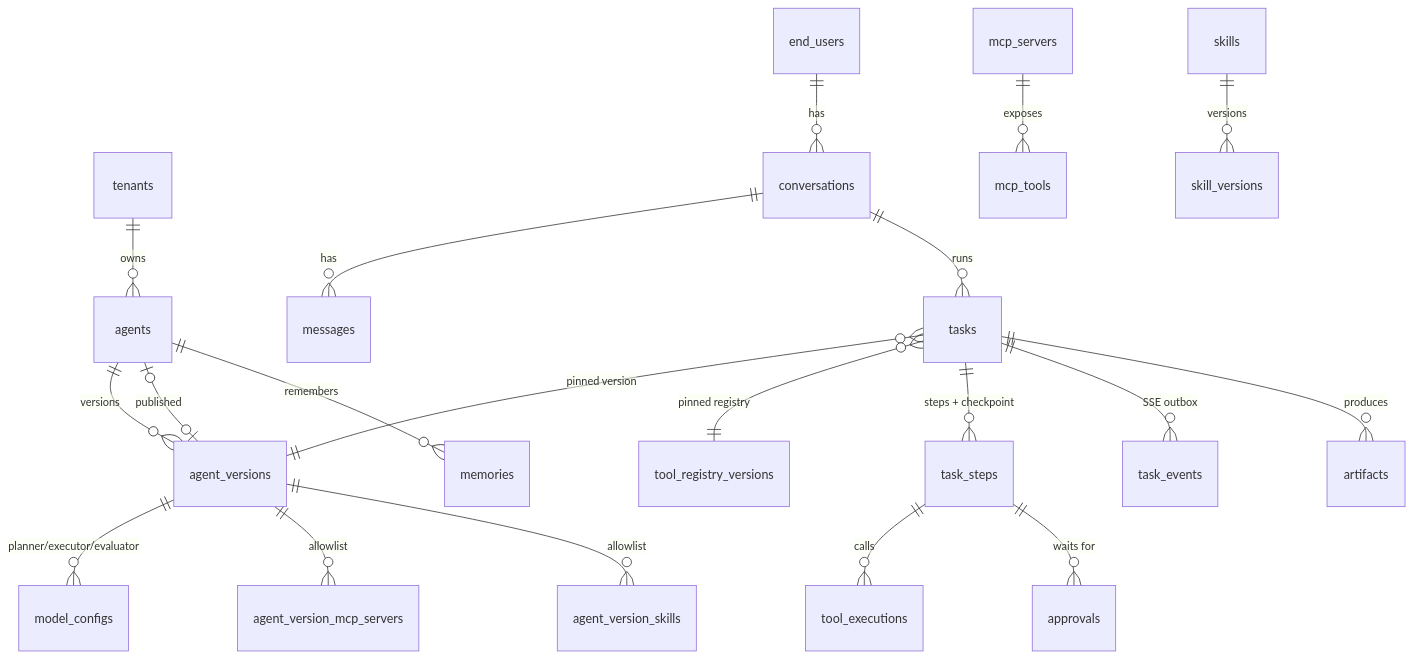
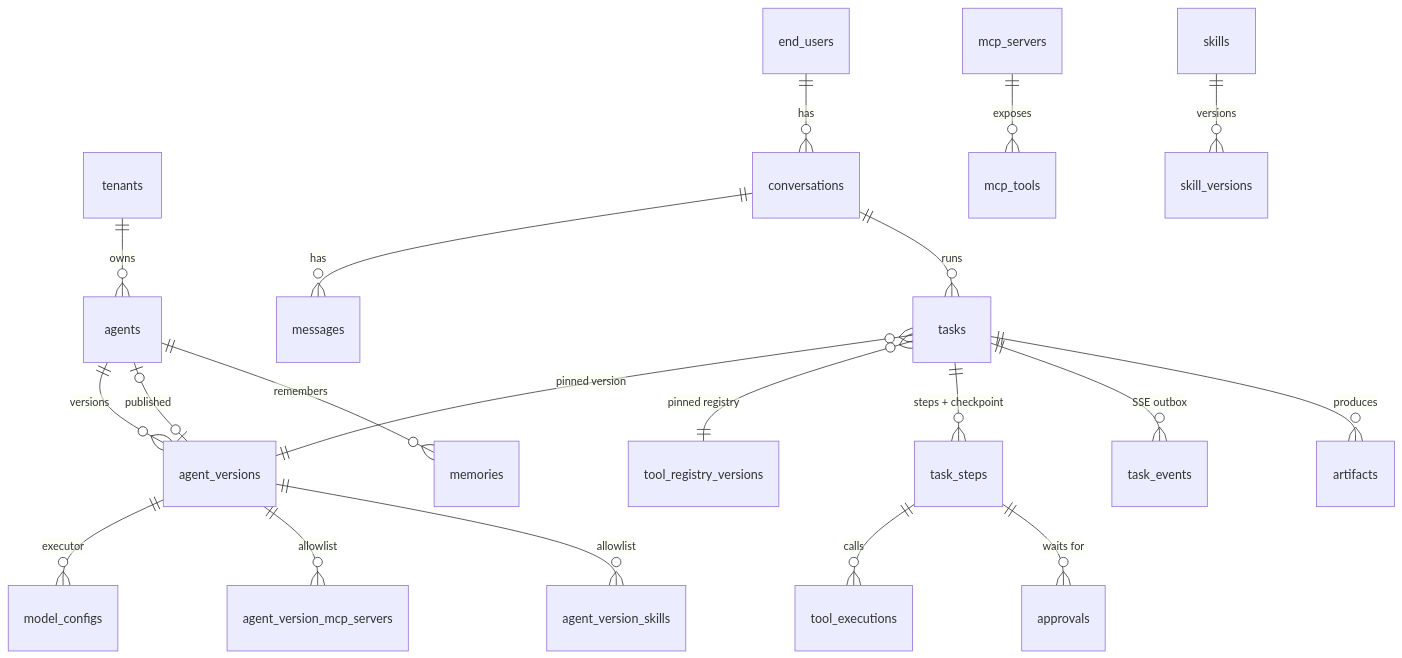
The diagram in docs/data-model.md (rhji0202/TheOneAI), drawn with Mermaid before and after one commit. The commit also changed other lines of this file and 147 other files, not shown here.

````diff
--- a/docs/data-model.md
+++ b/docs/data-model.md
@@ -29,22 +29,22 @@
 ```mermaid
 erDiagram
   tenants ||--o{ agents : owns
   agents ||--o{ agent_versions : "versions"
   agents |o--o| agent_versions : "published"
-  agent_versions ||--o{ model_configs : "planner/executor/evaluator"
+  agent_versions ||--o{ model_configs : "executor"
   agent_versions ||--o{ agent_version_mcp_servers : allowlist
   agent_versions ||--o{ agent_version_skills : allowlist
   end_users ||--o{ conversations : has
   conversations ||--o{ messages : has
   conversations ||--o{ tasks : runs
   tasks }o--|| agent_versions : "pinned version"
   tasks }o--|| tool_registry_versions : "pinned registry"
   tasks ||--o{ task_steps : "steps + checkpoint"
   tasks ||--o{ task_events : "SSE outbox"
   task_steps ||--o{ tool_executions : calls
   task_steps ||--o{ approvals : "waits for"
   mcp_servers ||--o{ mcp_tools : exposes
   skills ||--o{ skill_versions : versions
   tasks ||--o{ artifacts : produces
   agents ||--o{ memories : remembers
 ```
````
